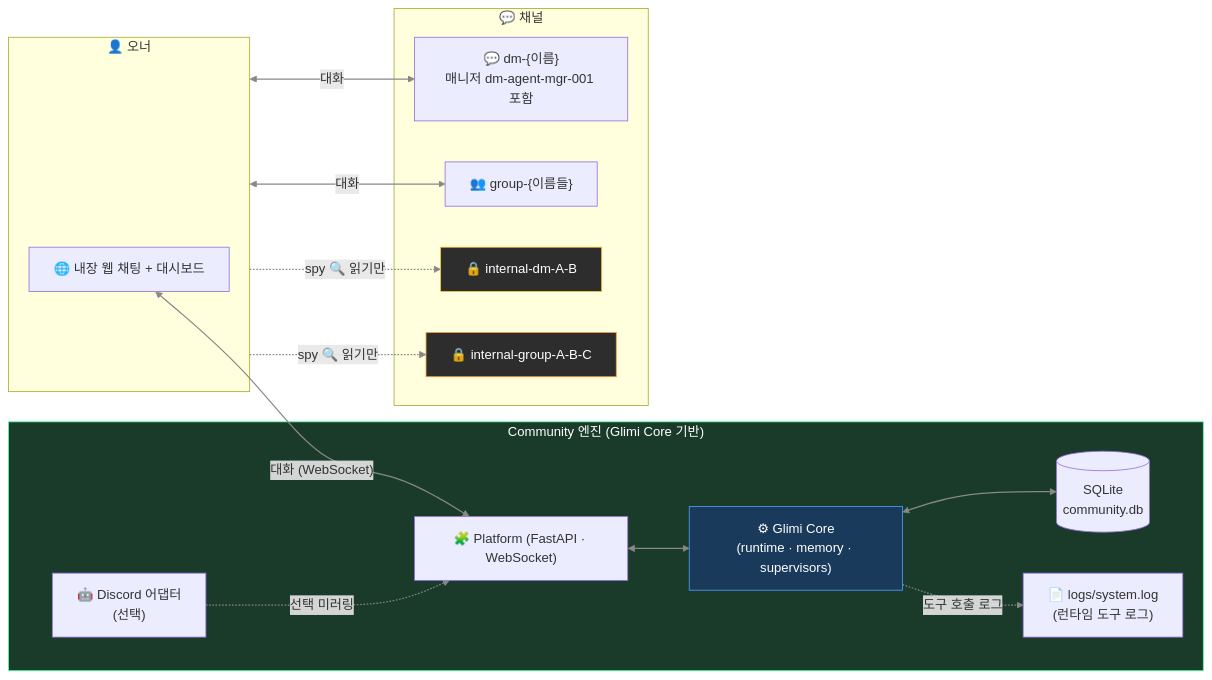
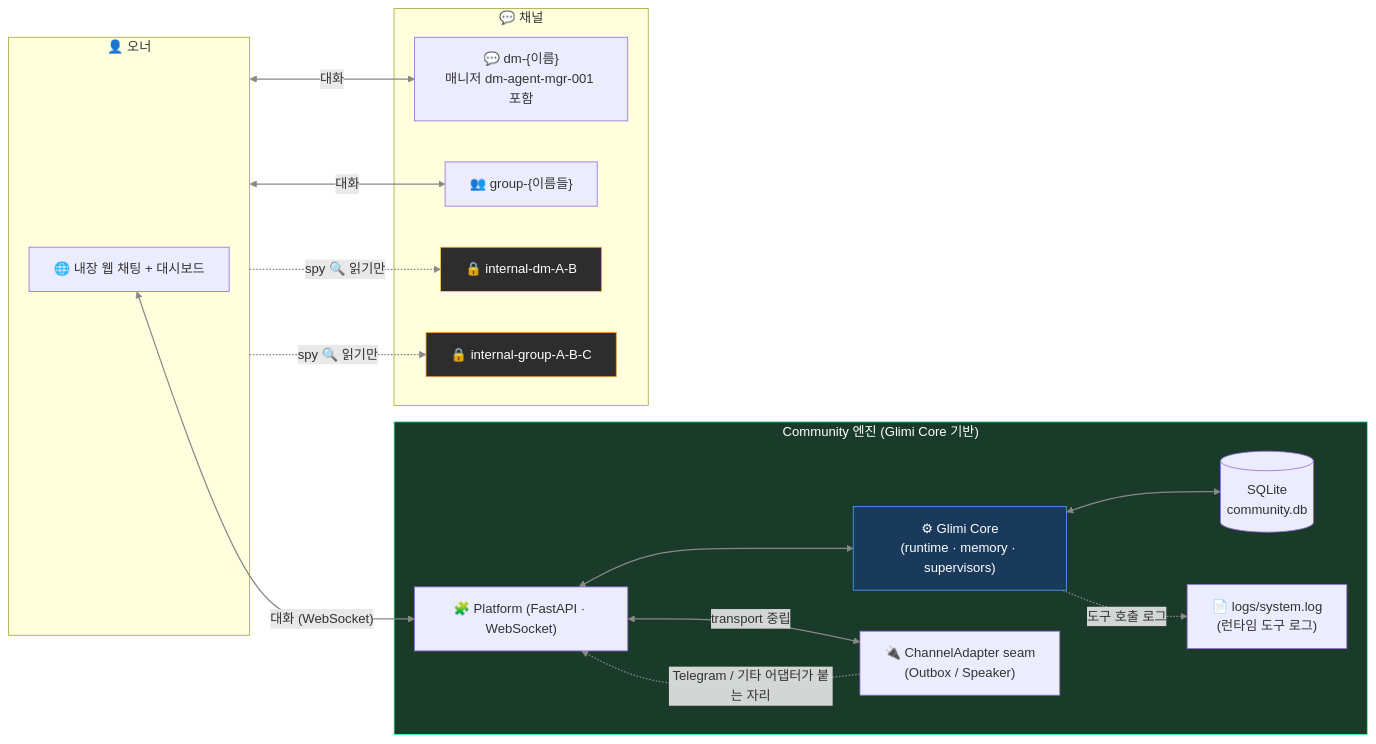
Before and after one commit to je-empty/Glimi: the third of 3 diagrams in docs/internals.ko.md, drawn with Mermaid. The commit also changed other lines of this file and 46 other files, not shown here.

First line of the commit message:
docs: reframe Discord as former adapter; web is the canonical transport

````diff
--- a/docs/internals.ko.md
+++ b/docs/internals.ko.md
@@ -136,35 +136,36 @@
 ```mermaid
 flowchart LR
     linkStyle default stroke:#888,stroke-width:1.5px
     subgraph Owner["👤 오너"]
         Web["🌐 내장 웹 채팅 + 대시보드"]
     end
 
     subgraph Engine["Community 엔진 (Glimi Core 기반)"]
         Plat["🧩 Platform (FastAPI · WebSocket)"]
         Core["⚙ Glimi Core<br/>(runtime · memory · supervisors)"]
         DB[("SQLite<br/>community.db")]
         Log["📄 logs/system.log<br/>(런타임 도구 로그)"]
-        Bot["🤖 Discord 어댑터<br/>(선택)"]
+        Seam["🔌 ChannelAdapter seam<br/>(Outbox / Speaker)"]
     end
 
     subgraph Channels["💬 채널"]
         DM["💬 dm-{이름}<br/>매니저 dm-agent-mgr-001 포함"]
         Grp["👥 group-{이름들}"]
         SecDM["🔒 internal-dm-A-B"]
         SecGrp["🔒 internal-group-A-B-C"]
     end
 
     Web <-->|"대화 (WebSocket)"| Plat
     Plat <--> Core
     Core <--> DB
     Core -.->|"도구 호출 로그"| Log
     Owner <-->|"대화"| DM & Grp
     Owner -. "spy 🔍 읽기만" .-> SecDM & SecGrp
-    Bot -. "선택 미러링" .-> Plat
+    Plat <-->|"transport 중립"| Seam
+    Seam -. "Telegram / 기타 어댑터가 붙는 자리" .-> Plat
 
     style Engine fill:#1a3a2a,stroke:#4aff9e,color:#fff
     style Core fill:#1a3a5c,stroke:#4a9eff,color:#fff
     style SecDM fill:#2d2d2d,stroke:#f5c542,color:#fff
     style SecGrp fill:#2d2d2d,stroke:#f5a142,color:#fff
 ```
````
